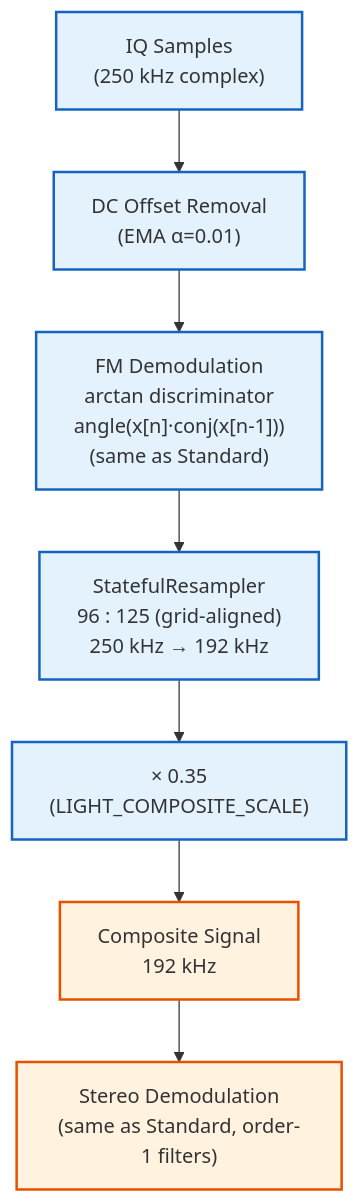
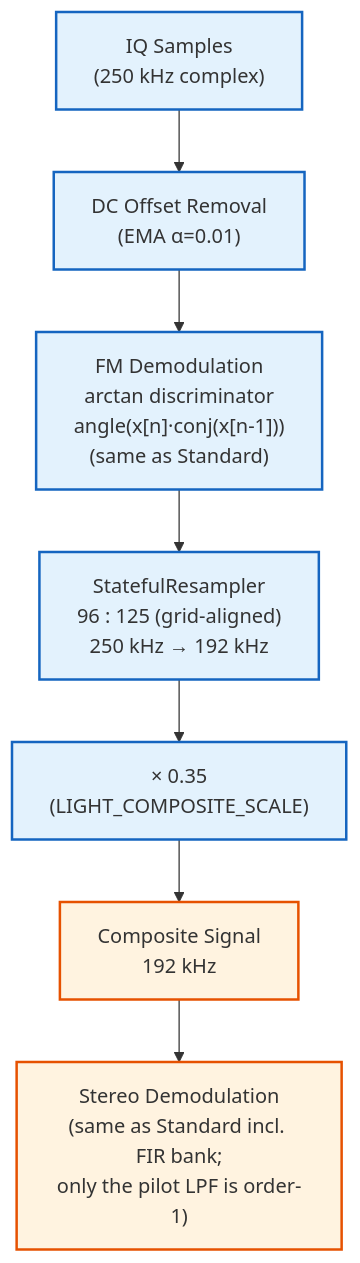
The second of 2 diagrams in docs/demodulation_block_diagram.md (FortuneOfLab/sdr-fm-radio-py), drawn with Mermaid before and after one commit. The commit also changed other lines of this file and 8 other files, not shown here.

````diff
--- a/docs/demodulation_block_diagram.md
+++ b/docs/demodulation_block_diagram.md
@@ -121,17 +124,17 @@
 ```mermaid
 flowchart TD
     IQ["IQ Samples\n(250 kHz complex)"]
     IQ --> DC["DC Offset Removal\n(EMA α=0.01)"]
     DC --> DISC["FM Demodulation\narctan discriminator\nangle(x[n]·conj(x[n-1]))\n(same as Standard)"]
     DISC --> RS1["StatefulResampler\n96 : 125 (grid-aligned)\n250 kHz → 192 kHz"]
     RS1 --> SCALE["× 0.35\n(LIGHT_COMPOSITE_SCALE)"]
     SCALE --> COMP["Composite Signal\n192 kHz"]
 
-    COMP --> STEREO["Stereo Demodulation\n(same as Standard, order-1 filters)"]
+    COMP --> STEREO["Stereo Demodulation\n(same as Standard incl. FIR bank;\nonly the pilot LPF is order-1)"]
 
     classDef iq fill:#e3f2fd,stroke:#1565c0,stroke-width:2px
     classDef comp fill:#fff3e0,stroke:#e65100,stroke-width:2px
 
     class IQ,DC,DISC,RS1,SCALE iq
     class COMP,STEREO comp
 ```
````
